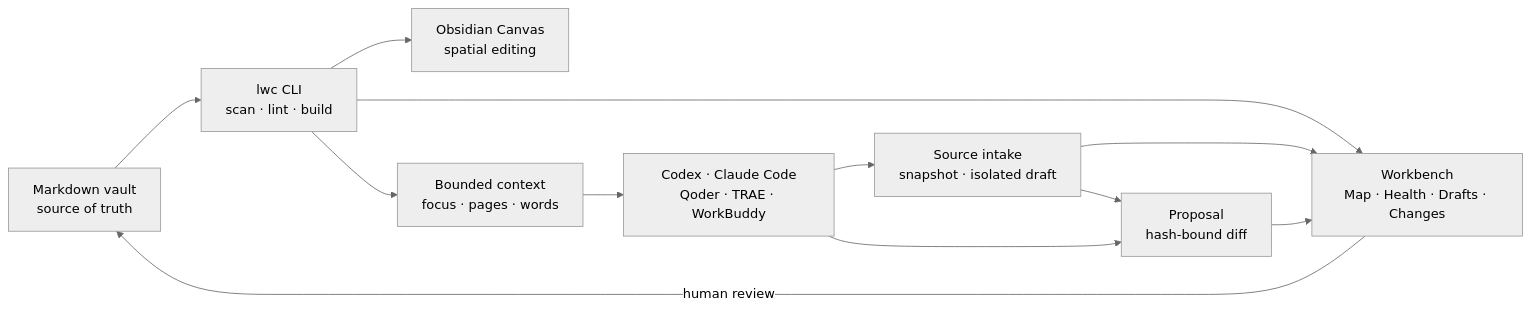
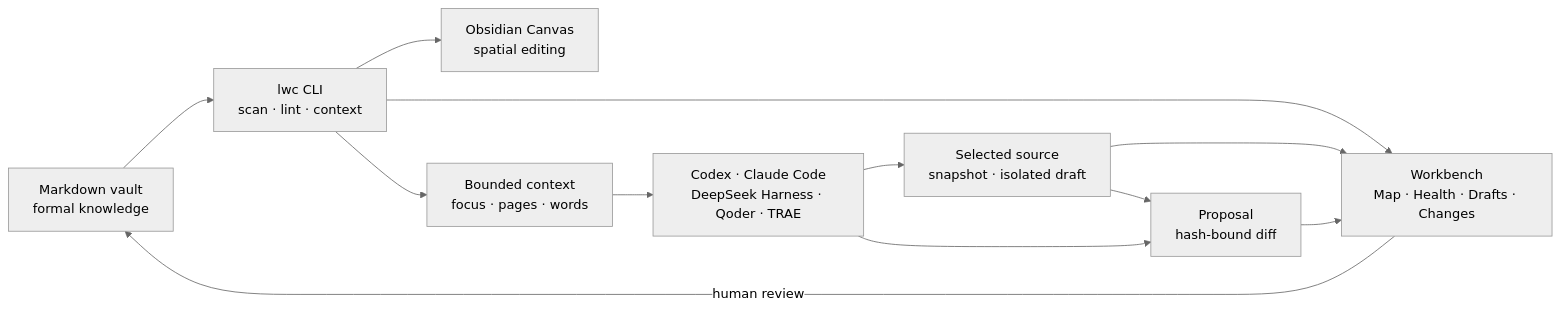
One commit to chicogong/llm-wiki-canvas changed the diagram in ROADMAP.md. Above: the diagram before and after it, drawn with Mermaid (neutral theme). The commit also changed other lines of this file and 18 other files, not shown here.

````diff
--- a/ROADMAP.md
+++ b/ROADMAP.md
@@ -9,14 +19,14 @@
 ```mermaid
 flowchart LR
-  A["Markdown vault<br/>source of truth"] --> B["lwc CLI<br/>scan · lint · build"]
+  A["Markdown vault<br/>formal knowledge"] --> B["lwc CLI<br/>scan · lint · context"]
   B --> C["Workbench<br/>Map · Health · Drafts · Changes"]
   B --> D["Obsidian Canvas<br/>spatial editing"]
-  E["Codex · Claude Code<br/>Qoder · TRAE · WorkBuddy"] --> G["Source intake<br/>snapshot · isolated draft"]
+  E["Codex · Claude Code<br/>DeepSeek Harness · Qoder · TRAE"] --> G["Selected source<br/>snapshot · isolated draft"]
   B --> H["Bounded context<br/>focus · pages · words"]
   H --> E
   G --> C
   G --> F
   E --> F["Proposal<br/>hash-bound diff"]
   F --> C
   C -->|"human review"| A
 ```
````
